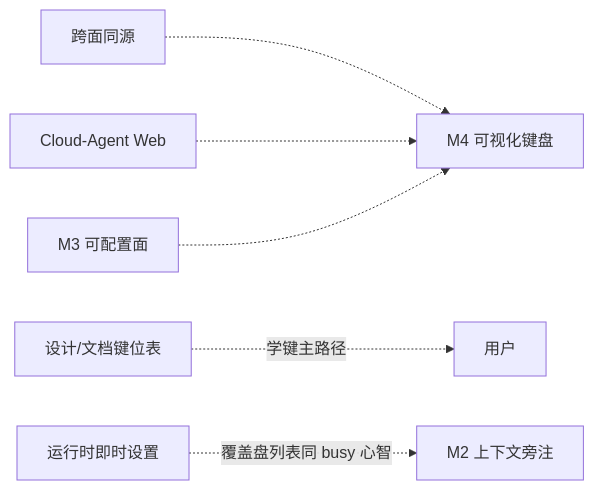
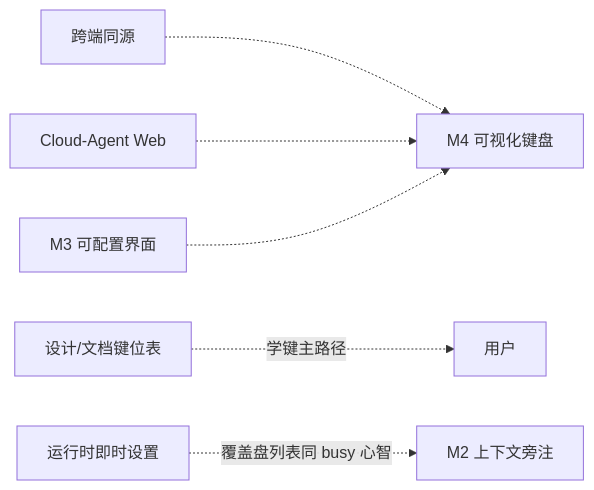
The diagram in docs/roadmaps/键位与命令发现.md (StrayDragon/xylitol), drawn with Mermaid before and after one commit. The commit also changed other lines of this file and 93 other files, not shown here.

````diff
--- a/docs/roadmaps/键位与命令发现.md
+++ b/docs/roadmaps/键位与命令发现.md
@@ -49,9 +49,9 @@
 ```mermaid
 flowchart LR
   M2["M2 上下文旁注"]
-  Homo["跨面同源"] -.-> M4
+  Homo["跨端同源"] -.-> M4
   Web["Cloud-Agent Web"] -.-> M4["M4 可视化键盘"]
   Docs["设计/文档键位表"] -.->|学键主路径| User["用户"]
   Live["运行时即时设置"] -.->|覆盖盘列表同 busy 心智| M2
-  M3["M3 可配置面"] -.-> M4
+  M3["M3 可配置界面"] -.-> M4
 ```
````
